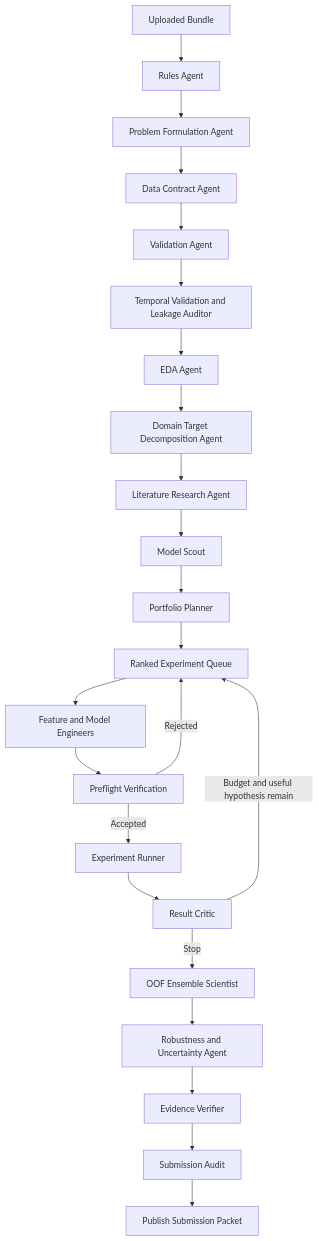
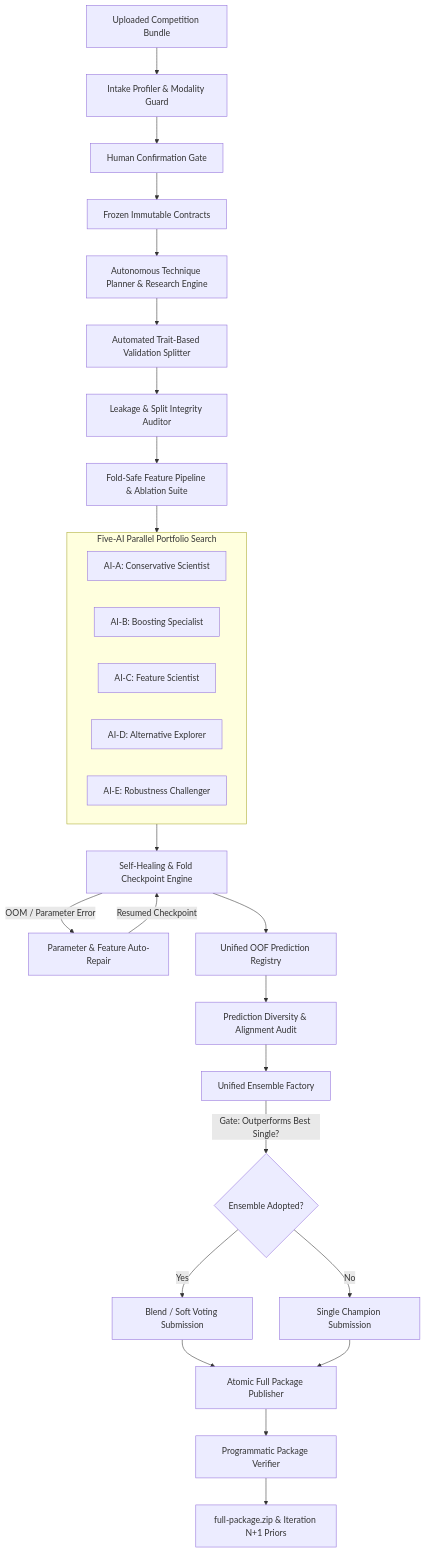
The third of 3 diagrams in PROJECT_SPEC.md (ababilkhoerulimam/swarmfold), drawn with Mermaid before and after one commit. The commit also changed other lines of this file and 118 other files, not shown here.

Commit message:
feat: add portfolio automl and ensemble orchestration

````diff
--- a/PROJECT_SPEC.md
+++ b/PROJECT_SPEC.md
@@ -211,25 +254,33 @@
 ```mermaid
 flowchart TD
-    START[Uploaded Bundle] --> RULES[Rules Agent]
-    RULES --> FORM[Problem Formulation Agent]
-    FORM --> DATA[Data Contract Agent]
-    DATA --> VALID[Validation Agent]
-    VALID --> LEAK[Temporal Validation and Leakage Auditor]
-    LEAK --> EDA[EDA Agent]
-    EDA --> DOMAIN[Domain Target Decomposition Agent]
-    DOMAIN --> RESEARCH[Literature Research Agent]
-    RESEARCH --> SCOUT[Model Scout]
-    SCOUT --> PLAN[Portfolio Planner]
-    PLAN --> QUEUE[Ranked Experiment Queue]
-    QUEUE --> BUILD[Feature and Model Engineers]
-    BUILD --> PRE[Preflight Verification]
-    PRE -->|Rejected| QUEUE
-    PRE -->|Accepted| RUN[Experiment Runner]
-    RUN --> CRITIC[Result Critic]
-    CRITIC -->|Budget and useful hypothesis remain| QUEUE
-    CRITIC -->|Stop| ENSEMBLE[OOF Ensemble Scientist]
-    ENSEMBLE --> ROBUST[Robustness and Uncertainty Agent]
-    ROBUST --> VERIFY[Evidence Verifier]
-    VERIFY --> AUDIT[Submission Audit]
-    AUDIT --> PACKET[Publish Submission Packet]
+    START[Uploaded Competition Bundle] --> MODALITY[Intake Profiler & Modality Guard]
+    MODALITY --> CONFIRM[Human Confirmation Gate]
+    CONFIRM --> CONTRACTS[Frozen Immutable Contracts]
+    CONTRACTS --> KNOWLEDGE[Autonomous Technique Planner & Research Engine]
+    KNOWLEDGE --> AUTOVAL[Automated Trait-Based Validation Splitter]
+    AUTOVAL --> LEAKAUDIT[Leakage & Split Integrity Auditor]
+    LEAKAUDIT --> FEATAB[Fold-Safe Feature Pipeline & Ablation Suite]
+    FEATAB --> LANES[Five-AI Parallel Portfolio Search]
+
+    subgraph LANES[Five-AI Parallel Portfolio Search]
+        AIA[AI-A: Conservative Scientist]
+        AIB[AI-B: Boosting Specialist]
+        AIC[AI-C: Feature Scientist]
+        AID[AI-D: Alternative Explorer]
+        AIE[AI-E: Robustness Challenger]
+    end
+
+    LANES --> HEALING[Self-Healing & Fold Checkpoint Engine]
+    HEALING -->|OOM / Parameter Error| REPAIR[Parameter & Feature Auto-Repair]
+    REPAIR -->|Resumed Checkpoint| HEALING
+    HEALING --> REGISTRY[Unified OOF Prediction Registry]
+    REGISTRY --> DIVERSITY[Prediction Diversity & Alignment Audit]
+    DIVERSITY --> ENSEMBLE[Unified Ensemble Factory]
+    ENSEMBLE -->|Gate: Outperforms Best Single?| DECISION{Ensemble Adopted?}
+    DECISION -->|Yes| BLEND[Blend / Soft Voting Submission]
+    DECISION -->|No| CHAMP[Single Champion Submission]
+    BLEND --> PACKAGE[Atomic Full Package Publisher]
+    CHAMP --> PACKAGE
+    PACKAGE --> VERIFIER[Programmatic Package Verifier]
+    VERIFIER --> ENDPKG[full-package.zip & Iteration N+1 Priors]
 ```
````
